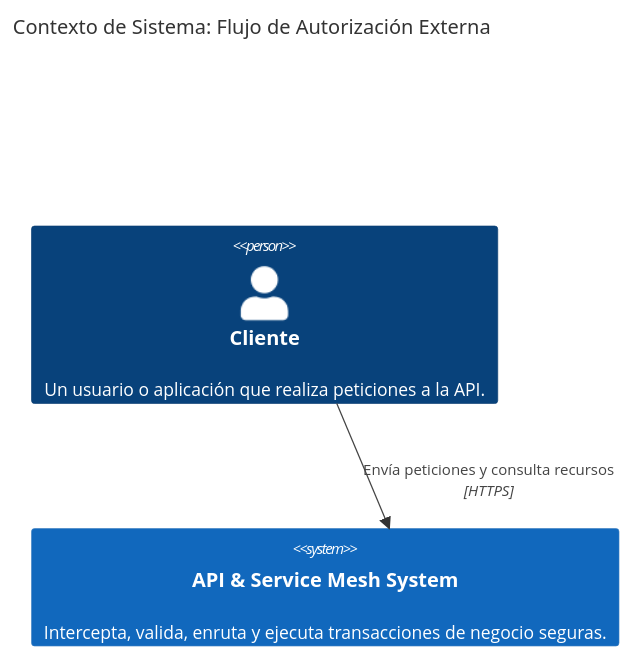
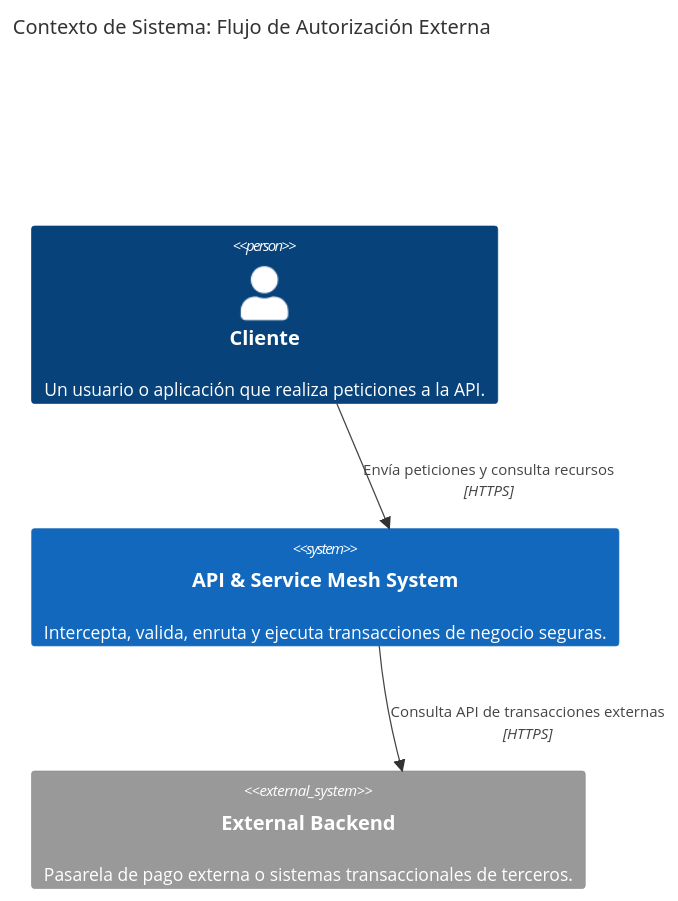
The fourth of 6 diagrams in src/content/blog/2026-08-08-auth-ext-middleware.md (kiquetal/kiquetal.github.io), drawn with Mermaid before and after one commit. The commit also changed other lines of this file, not shown here.

Commit message:
feat: enhance C4 diagrams with external backend system and transaction API interactions

````diff
--- a/src/content/blog/2026-08-08-auth-ext-middleware.md
+++ b/src/content/blog/2026-08-08-auth-ext-middleware.md
@@ -215,9 +217,11 @@
 ```mermaid
 C4Context
   title Contexto de Sistema: Flujo de Autorización Externa
 
   Person(client, "Cliente", "Un usuario o aplicación que realiza peticiones a la API.")
   System(api_system, "API & Service Mesh System", "Intercepta, valida, enruta y ejecuta transacciones de negocio seguras.")
+  System_Ext(ext_backend, "External Backend", "Pasarela de pago externa o sistemas transaccionales de terceros.")
 
   Rel(client, api_system, "Envía peticiones y consulta recursos", "HTTPS")
+  Rel(api_system, ext_backend, "Consulta API de transacciones externas", "HTTPS")
 ```
````
